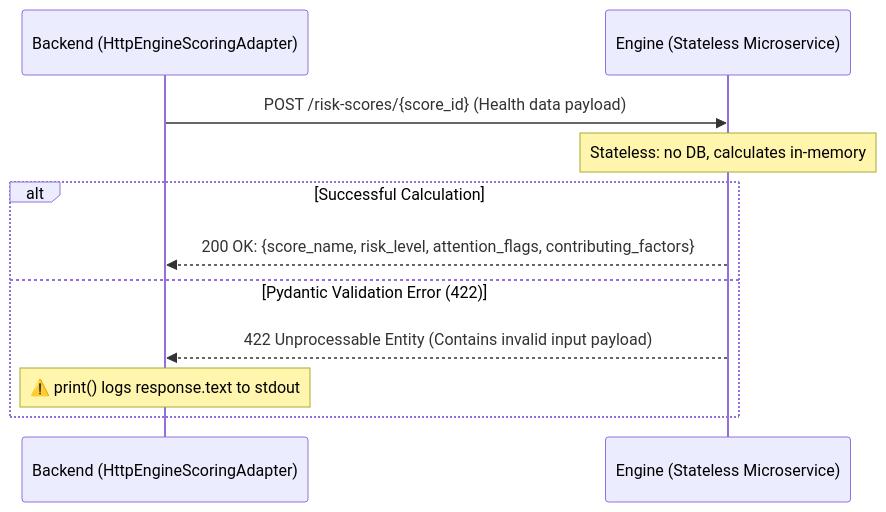
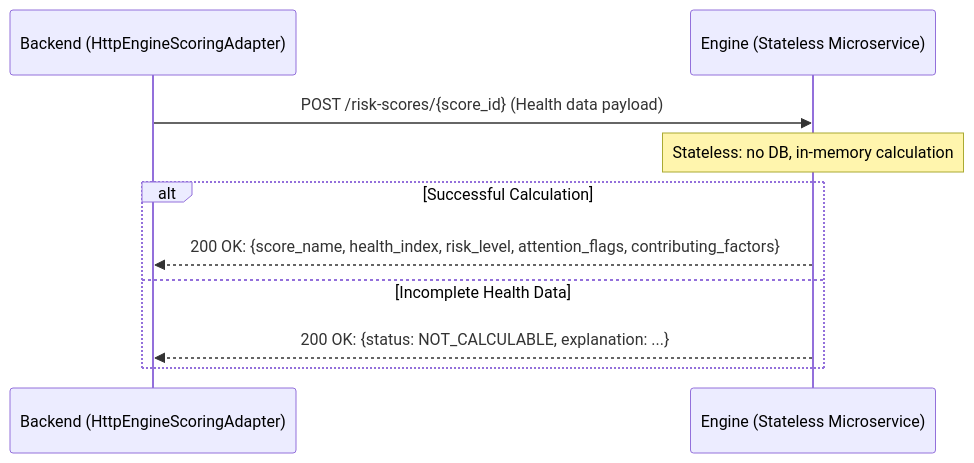
Before and after one commit to Checkup360/backend: the second of 2 diagrams in docs/privacy/data-inventory.md, drawn with Mermaid. The commit also changed other lines of this file and 3 other files, not shown here.

````diff
--- a/docs/privacy/data-inventory.md
+++ b/docs/privacy/data-inventory.md
@@ -75,14 +75,13 @@
 ```mermaid
 sequenceDiagram
     participant B as Backend (HttpEngineScoringAdapter)
     participant E as Engine (Stateless Microservice)
 
     B->>E: POST /risk-scores/{score_id} (Health data payload)
-    Note over E: Stateless: no DB, calculates in-memory
+    Note over E: Stateless: no DB, in-memory calculation
     alt Successful Calculation
-        E-->>B: 200 OK: {score_name, risk_level, attention_flags, contributing_factors}
-    else Pydantic Validation Error (422)
-        E-->>B: 422 Unprocessable Entity (Contains invalid input payload)
-        Note over B: ⚠️ print() logs response.text to stdout
+        E-->>B: 200 OK: {score_name, health_index, risk_level, attention_flags, contributing_factors}
+    else Incomplete Health Data
+        E-->>B: 200 OK: {status: NOT_CALCULABLE, explanation: ...}
     end
 ```
````
